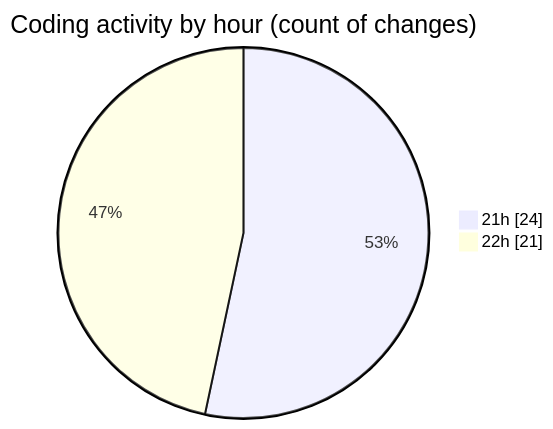
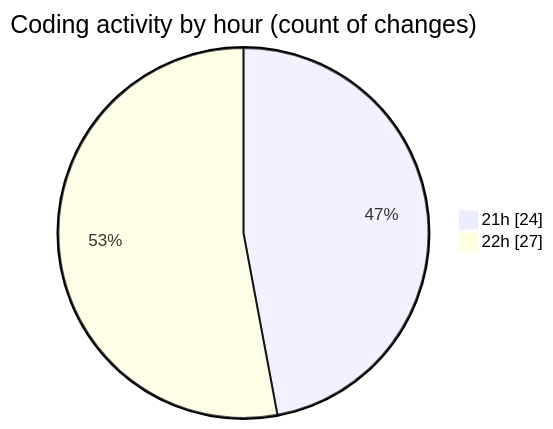
One commit to IJAZ3593/code-tracking changed the second of 2 diagrams in 2025-09-04/tailwind/README.md. Above: the diagram before and after it, drawn with Mermaid. The commit also changed other lines of this file and 1 other file, not shown here.

````diff
--- a/2025-09-04/tailwind/README.md
+++ b/2025-09-04/tailwind/README.md
@@ -36,6 +36,6 @@
 ```mermaid
 pie showData
 title Coding activity by hour (count of changes)
 "21h" : 24
-"22h" : 21
+"22h" : 27
 ```
````
